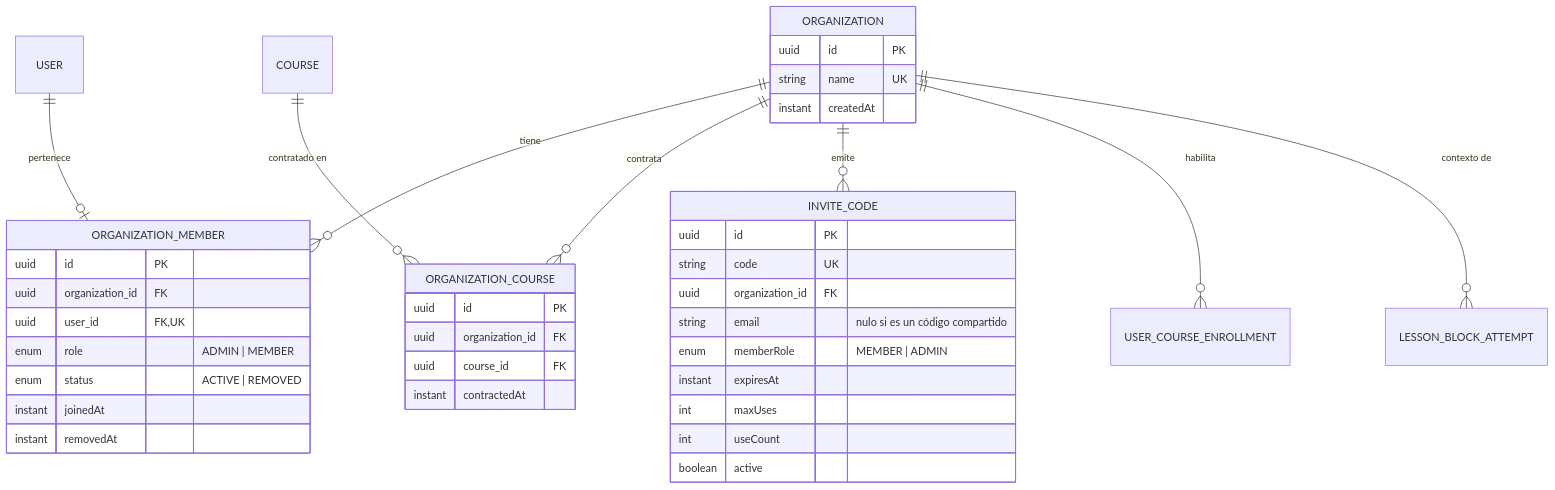
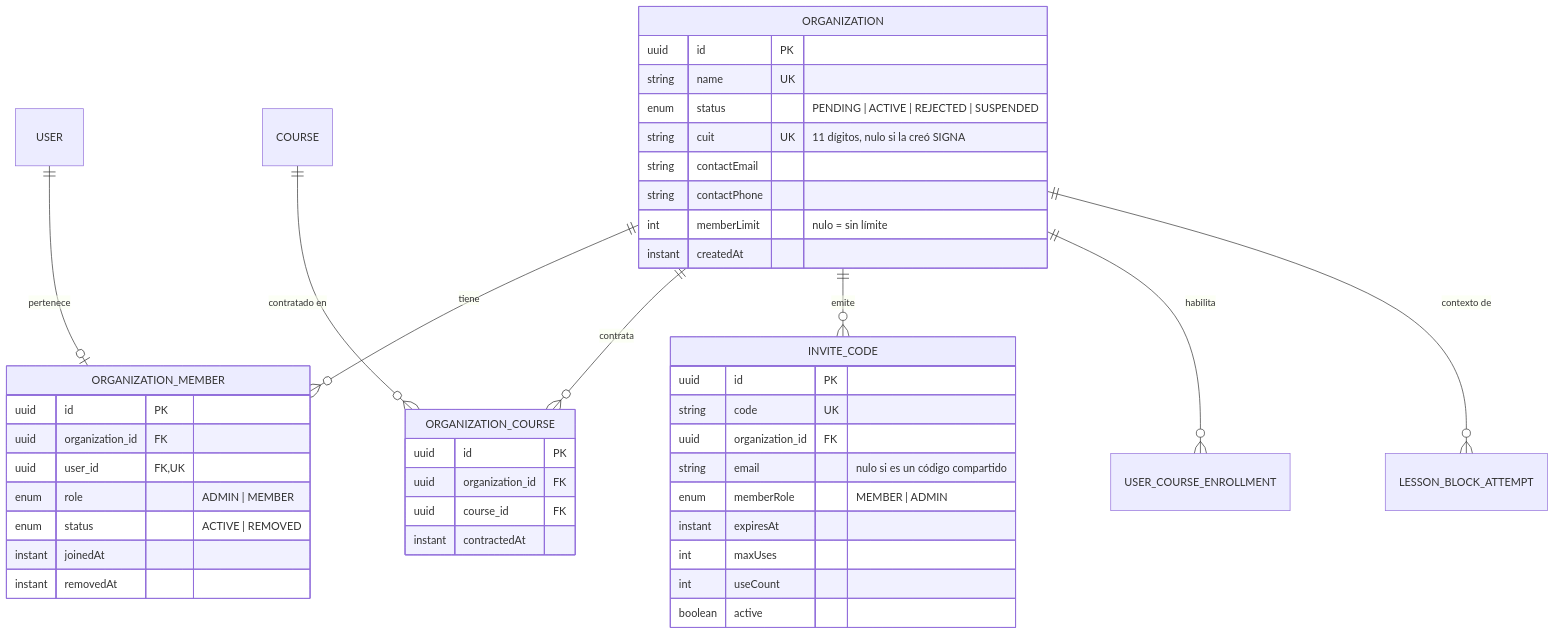
One commit to signasource/signa-api changed the seventh of 8 diagrams in docs/diagrams/er.md. Above: the diagram before and after it, drawn with Mermaid. The commit also changed other lines of this file and 46 other files, not shown here.

````diff
--- a/docs/diagrams/er.md
+++ b/docs/diagrams/er.md
@@ -439,42 +441,47 @@
 ```mermaid
 erDiagram
     ORGANIZATION ||--o{ ORGANIZATION_MEMBER : "tiene"
     ORGANIZATION ||--o{ ORGANIZATION_COURSE : "contrata"
     ORGANIZATION ||--o{ INVITE_CODE : "emite"
     ORGANIZATION ||--o{ USER_COURSE_ENROLLMENT : "habilita"
     ORGANIZATION ||--o{ LESSON_BLOCK_ATTEMPT : "contexto de"
     USER ||--o| ORGANIZATION_MEMBER : "pertenece"
     COURSE ||--o{ ORGANIZATION_COURSE : "contratado en"
 
     ORGANIZATION {
         uuid id PK
         string name UK
+        enum status "PENDING | ACTIVE | REJECTED | SUSPENDED"
+        string cuit UK "11 dígitos, nulo si la creó SIGNA"
+        string contactEmail
+        string contactPhone
+        int memberLimit "nulo = sin límite"
         instant createdAt
     }
     ORGANIZATION_MEMBER {
         uuid id PK
         uuid organization_id FK
         uuid user_id FK,UK
         enum role "ADMIN | MEMBER"
         enum status "ACTIVE | REMOVED"
         instant joinedAt
         instant removedAt
     }
     ORGANIZATION_COURSE {
         uuid id PK
         uuid organization_id FK
         uuid course_id FK
         instant contractedAt
     }
     INVITE_CODE {
         uuid id PK
         string code UK
         uuid organization_id FK
         string email "nulo si es un código compartido"
         enum memberRole "MEMBER | ADMIN"
         instant expiresAt
         int maxUses
         int useCount
         boolean active
     }
 ```
````
